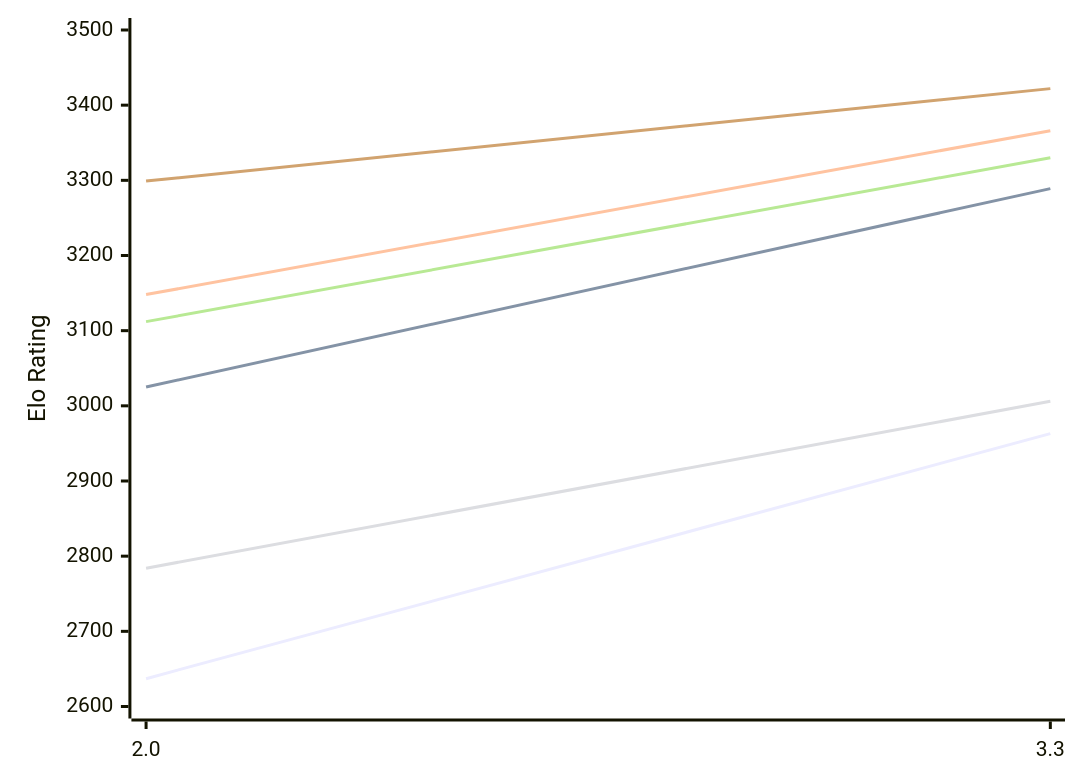
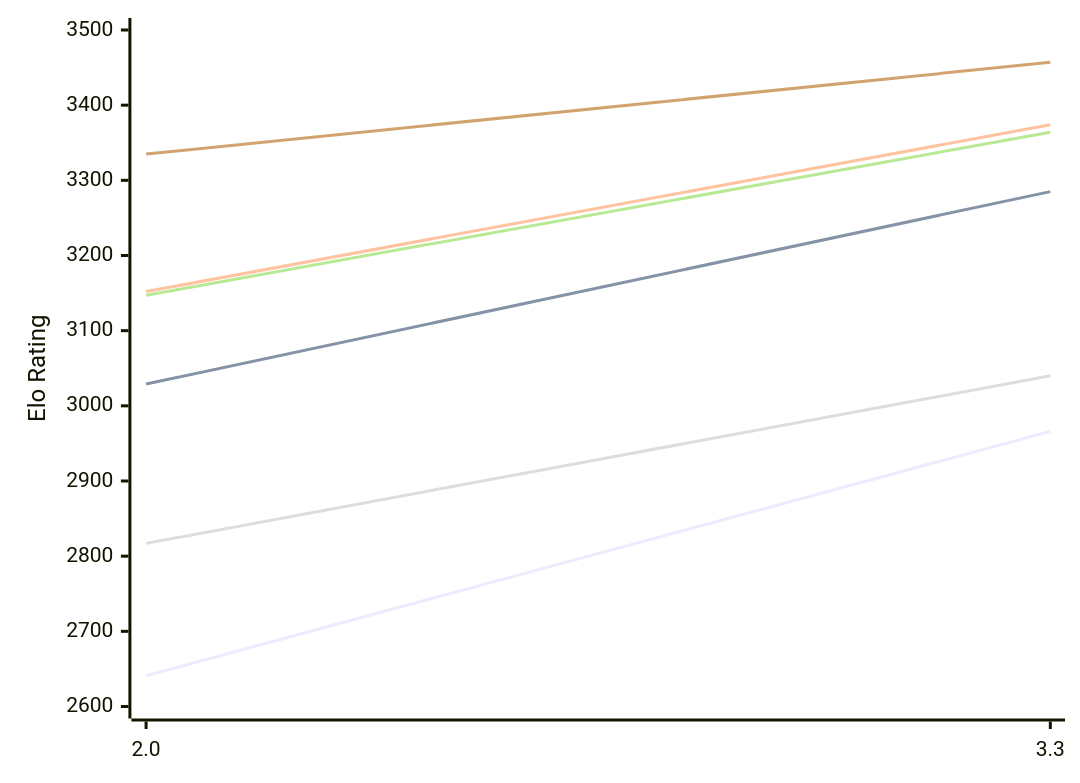
Before and after one commit to computer-chess-index/cci: the first of 2 diagrams in engines/Ceylondemon.md, drawn with Mermaid. The commit also changed other lines of this file, not shown here.

Commit message:
Update CCI Ratings (ELO VLTC) - 2026-11-01

````diff
--- a/engines/Ceylondemon.md
+++ b/engines/Ceylondemon.md
@@ -50,12 +50,12 @@
 ```mermaid
 %%{init: {"theme":"base","themeVariables":{"seriesColors:['#a3a3a3','#222221','#faa371']}}}%%
 xychart-beta
   x-axis ["2.0", "3.3"]
   y-axis "Elo Rating" 2600 --> 3500
-  line "E1: STC (8.0+0.08s)" [2637, 2963]
-  line "E1: LTC (60.0+0.60s)" [3025, 3289]
-  line "E1: VLTC (2m24s+1.12s)" [3148, 3366]
-  line "P1: STC (8.0+0.08s)" [2784, 3006]
-  line "P1: LTC (60.0+0.60s)" [3112, 3330]
-  line "P1: VLTC (2m24s+1.12s)" [3299, 3422]
+  line "E1: STC (8.0+0.08s)" [2641, 2966]
+  line "E1: LTC (60.0+0.60s)" [3029, 3285]
+  line "E1: VLTC (2m24s+1.12s)" [3152, 3374]
+  line "P1: STC (8.0+0.08s)" [2817, 3040]
+  line "P1: LTC (60.0+0.60s)" [3147, 3364]
+  line "P1: VLTC (2m24s+1.12s)" [3335, 3457]
 ```
````
